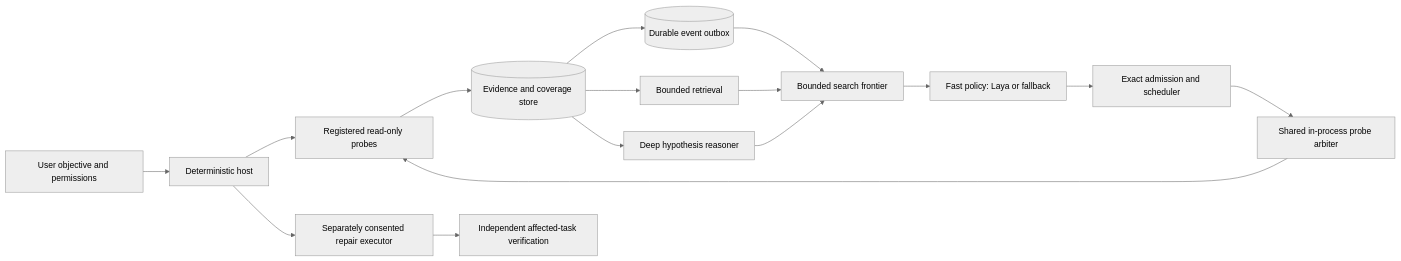
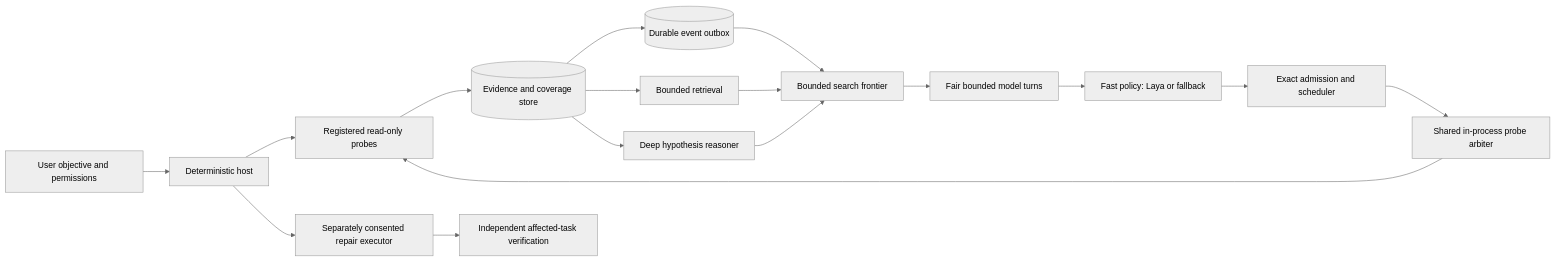
The diagram in docs/architecture/adaptive-search.md (BeeJay805/SystemSense), drawn with Mermaid (neutral theme) before and after one commit. The commit also changed other lines of this file and 9 other files, not shown here.

Commit message:
feat(investigation): Fair model turns with terminal offer custody

````diff
--- a/docs/architecture/adaptive-search.md
+++ b/docs/architecture/adaptive-search.md
@@ -9,18 +9,19 @@
 ```mermaid
 flowchart LR
     G[User objective and permissions] --> H[Deterministic host]
     H --> P[Registered read-only probes]
     P --> E[(Evidence and coverage store)]
     E --> O[(Durable event outbox)]
     O --> F[Bounded search frontier]
-    F --> L[Fast policy: Laya or fallback]
+    F --> M[Fair bounded model turns]
+    M --> L[Fast policy: Laya or fallback]
     L --> A[Exact admission and scheduler]
     A --> W[Shared in-process probe arbiter]
     W --> P
     E --> R[Bounded retrieval]
     R --> F
     E --> D[Deep hypothesis reasoner]
     D --> F
     H --> X[Separately consented repair executor]
     X --> V[Independent affected-task verification]
 ```
````
